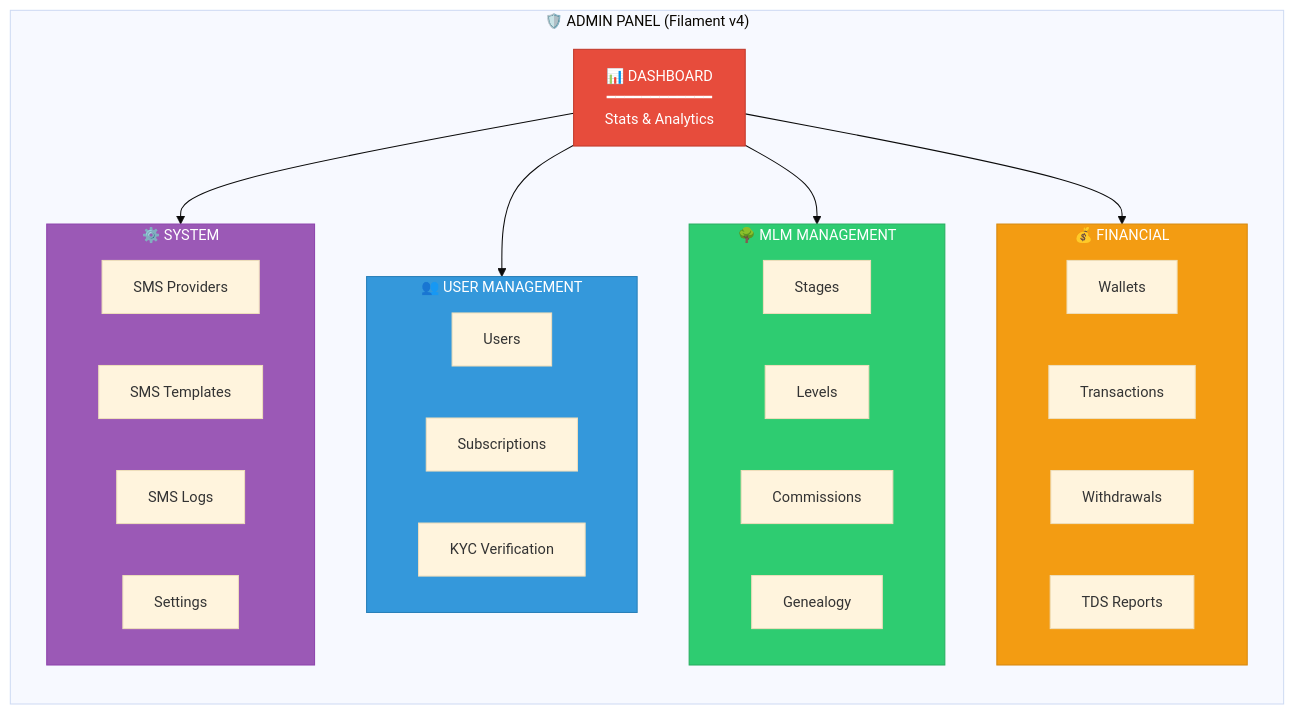
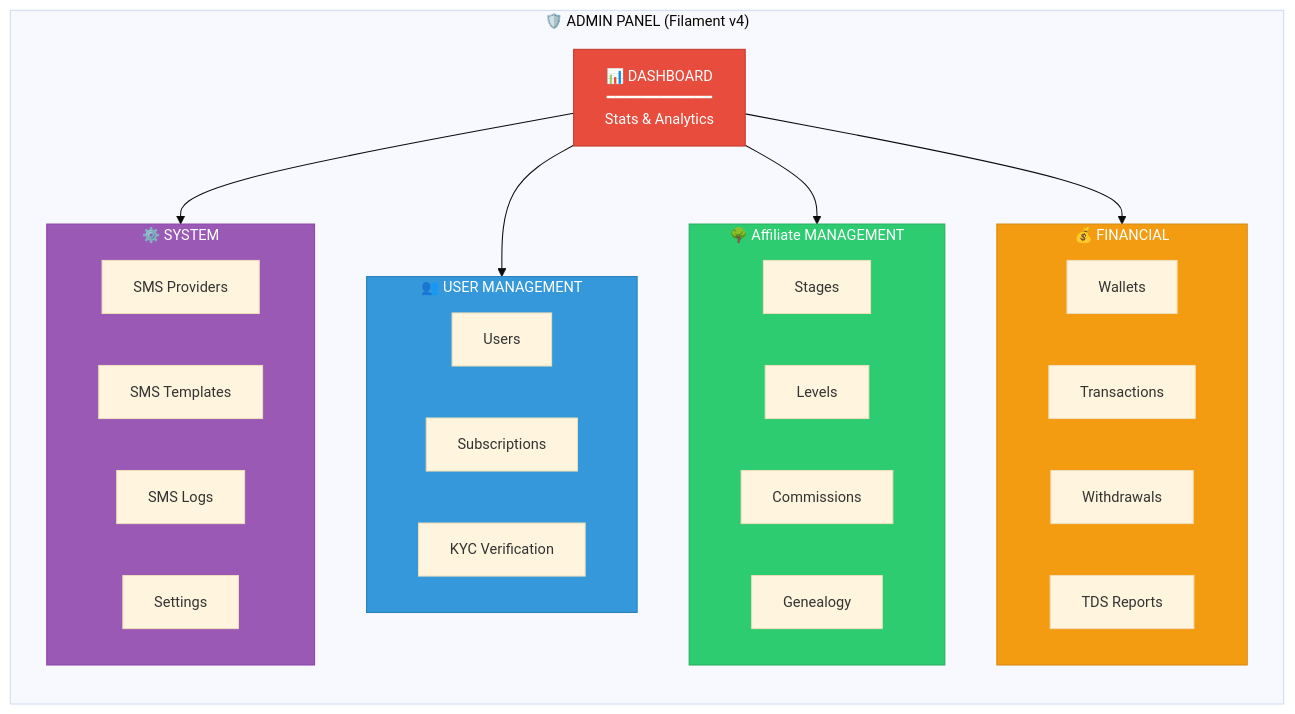
Before and after one commit to mintreu/commerinity: the first of 5 diagrams in docs/flowcharts/admin/INDEX.md, drawn with Mermaid. The commit also changed other lines of this file and 309 other files, not shown here.

````diff
--- a/docs/flowcharts/admin/INDEX.md
+++ b/docs/flowcharts/admin/INDEX.md
@@ -20,45 +20,45 @@
 ```mermaid
 %%{init: {'theme': 'base', 'themeVariables': { 'fontSize': '14px'}}}%%
 
 flowchart TB
     subgraph ADMIN["🛡️ ADMIN PANEL (Filament v4)"]
         direction TB
 
         DASH["📊 DASHBOARD<br/>━━━━━━━━━━━━<br/>Stats & Analytics"]
 
         subgraph USERS["👥 USER MANAGEMENT"]
             U1["Users"]
             U2["Subscriptions"]
             U3["KYC Verification"]
         end
 
-        subgraph MLM["🌳 MLM MANAGEMENT"]
+        subgraph Affiliate["🌳 Affiliate MANAGEMENT"]
             M1["Stages"]
             M2["Levels"]
             M3["Commissions"]
             M4["Genealogy"]
         end
 
         subgraph FINANCE["💰 FINANCIAL"]
             F1["Wallets"]
             F2["Transactions"]
             F3["Withdrawals"]
             F4["TDS Reports"]
         end
 
         subgraph SYSTEM["⚙️ SYSTEM"]
             S1["SMS Providers"]
             S2["SMS Templates"]
             S3["SMS Logs"]
             S4["Settings"]
         end
 
-        DASH --> USERS & MLM & FINANCE & SYSTEM
+        DASH --> USERS & Affiliate & FINANCE & SYSTEM
     end
 
     style DASH fill:#e74c3c,stroke:#c0392b,color:#fff
     style USERS fill:#3498db,stroke:#2980b9,color:#fff
-    style MLM fill:#2ecc71,stroke:#27ae60,color:#fff
+    style Affiliate fill:#2ecc71,stroke:#27ae60,color:#fff
     style FINANCE fill:#f39c12,stroke:#d68910,color:#fff
     style SYSTEM fill:#9b59b6,stroke:#8e44ad,color:#fff
 ```
````
